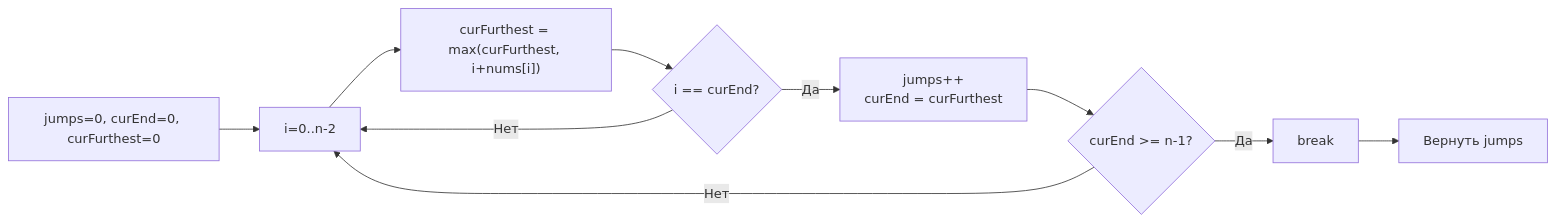
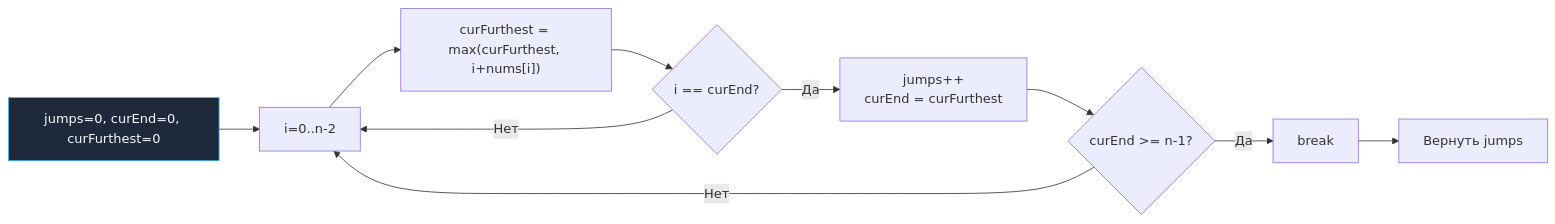
Before and after one commit to UnrealTemplier/go-textbook: the diagram in sources/21. Задачи с LeetCode и собеседований на Go/02. Задачи/17. Жадные алгоритмы/4. Jump Game II.md, drawn with Mermaid. The commit also changed 1666 other files, not shown here.

First line of the commit message:
feat(mermaid): add semantic color classDef to 1369 colorless flowchart/graph diagrams

````diff
--- a/sources/21. Задачи с LeetCode и собеседований на Go/02. Задачи/17. Жадные алгоритмы/4. Jump Game II.md
+++ b/sources/21. Задачи с LeetCode и собеседований на Go/02. Задачи/17. Жадные алгоритмы/4. Jump Game II.md
@@ -70,12 +70,22 @@
 ```mermaid
 flowchart LR
-    A["jumps=0, curEnd=0, curFurthest=0"] --> B["i=0..n-2"]
+    classDef process  fill:#1e293b,stroke:#38bdf8,stroke-width:1px,color:#f8fafc
+    classDef success  fill:#064e3b,stroke:#34d399,stroke-width:1px,color:#f8fafc
+    classDef error    fill:#7f1d1d,stroke:#f87171,stroke-width:1px,color:#f8fafc
+    classDef warning  fill:#78350f,stroke:#fbbf24,stroke-width:1px,color:#f8fafc
+    classDef entry    fill:#1e3a5f,stroke:#38bdf8,stroke-width:2px,color:#f8fafc
+    classDef aux      fill:#334155,stroke:#64748b,stroke-width:1px,color:#f8fafc
+    classDef system   fill:#312e81,stroke:#a78bfa,stroke-width:1px,color:#f8fafc
+    classDef data     fill:#132d29,stroke:#2dd4bf,stroke-width:1px,color:#f8fafc
+    classDef network  fill:#881337,stroke:#fb7185,stroke-width:1px,color:#f8fafc
+    classDef accent   fill:#1e1b4b,stroke:#818cf8,stroke-width:1px,color:#f8fafc
+    A["jumps=0, curEnd=0, curFurthest=0"]:::process --> B["i=0..n-2"]
     B --> C["curFurthest = max(curFurthest, i+nums[i])"]
     C --> D{"i == curEnd?"}
     D -->|"Да"| E["jumps++<br>curEnd = curFurthest"]
     E --> F{"curEnd >= n-1?"}
     F -->|"Да"| G["break"]
     F -->|"Нет"| B
     D -->|"Нет"| B
     G --> H["Вернуть jumps"]
 ```
````
